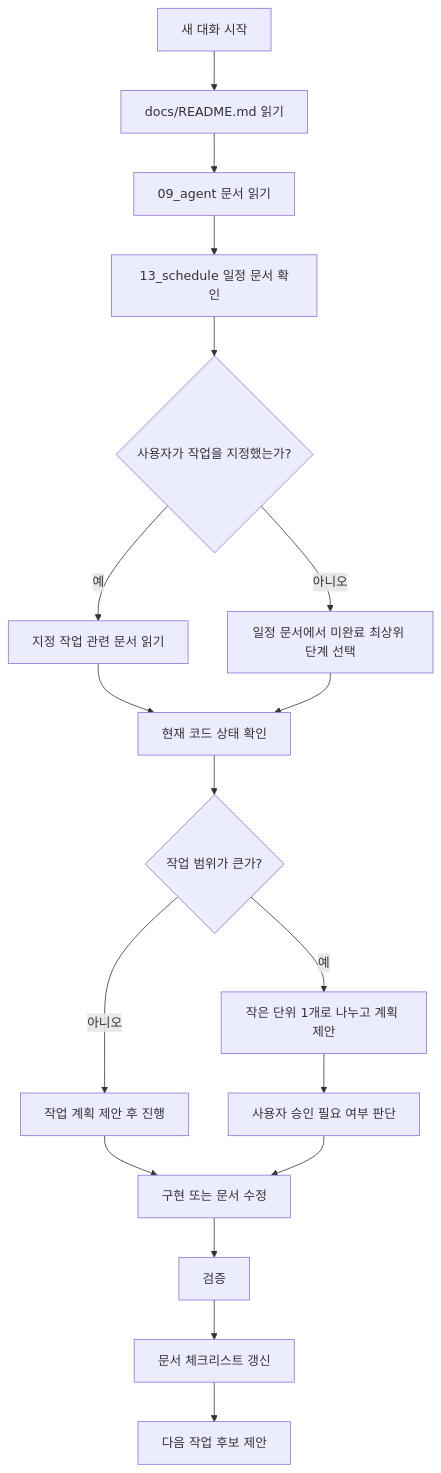
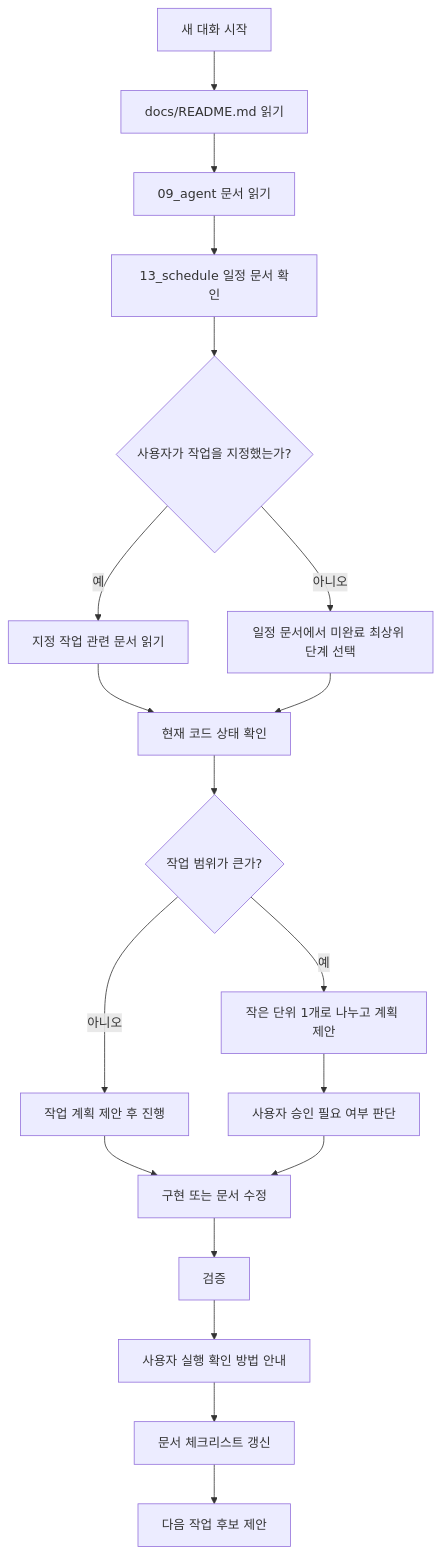
Before and after one commit to yellow-pang/health-center-smart-reservation: the diagram in docs/09_agent/05_문서기반_자동진행_운영가이드.md, drawn with Mermaid. The commit also changed other lines of this file and 7 other files, not shown here.

````diff
--- a/docs/09_agent/05_문서기반_자동진행_운영가이드.md
+++ b/docs/09_agent/05_문서기반_자동진행_운영가이드.md
@@ -132,20 +162,21 @@
 ```mermaid
 flowchart TD
     A[새 대화 시작] --> B[docs/README.md 읽기]
     B --> C[09_agent 문서 읽기]
     C --> D[13_schedule 일정 문서 확인]
     D --> E{사용자가 작업을 지정했는가?}
     E -- 예 --> F[지정 작업 관련 문서 읽기]
     E -- 아니오 --> G[일정 문서에서 미완료 최상위 단계 선택]
     F --> H[현재 코드 상태 확인]
     G --> H
     H --> I{작업 범위가 큰가?}
     I -- 예 --> J[작은 단위 1개로 나누고 계획 제안]
     I -- 아니오 --> K[작업 계획 제안 후 진행]
     J --> L[사용자 승인 필요 여부 판단]
     K --> M[구현 또는 문서 수정]
     L --> M
     M --> N[검증]
-    N --> O[문서 체크리스트 갱신]
-    O --> P[다음 작업 후보 제안]
+    N --> O[사용자 실행 확인 방법 안내]
+    O --> P[문서 체크리스트 갱신]
+    P --> Q[다음 작업 후보 제안]
 ```
````
